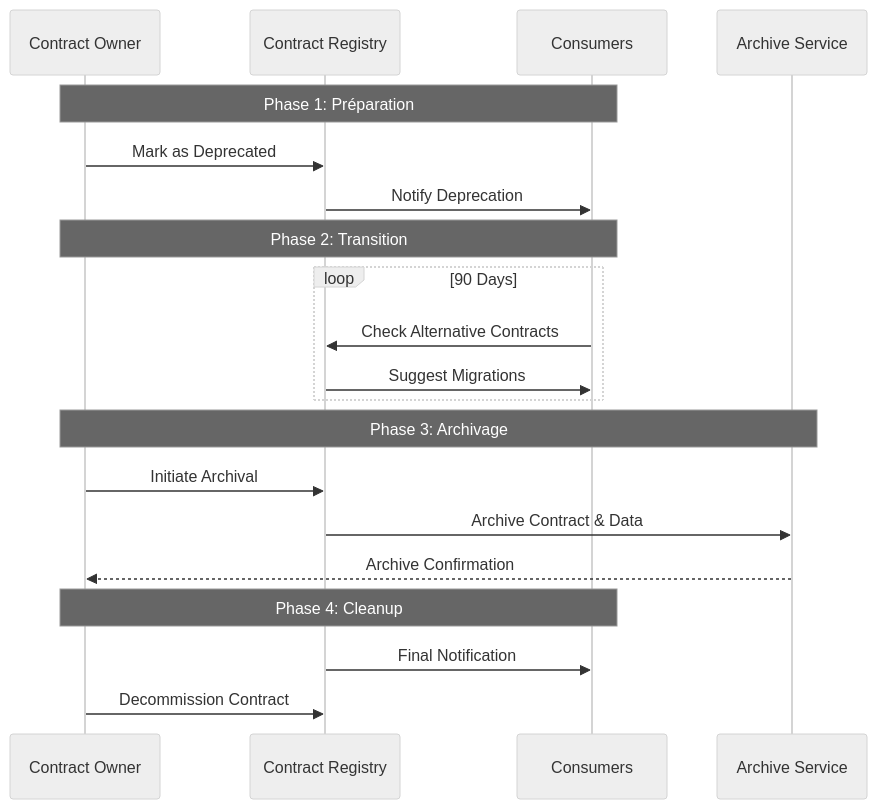
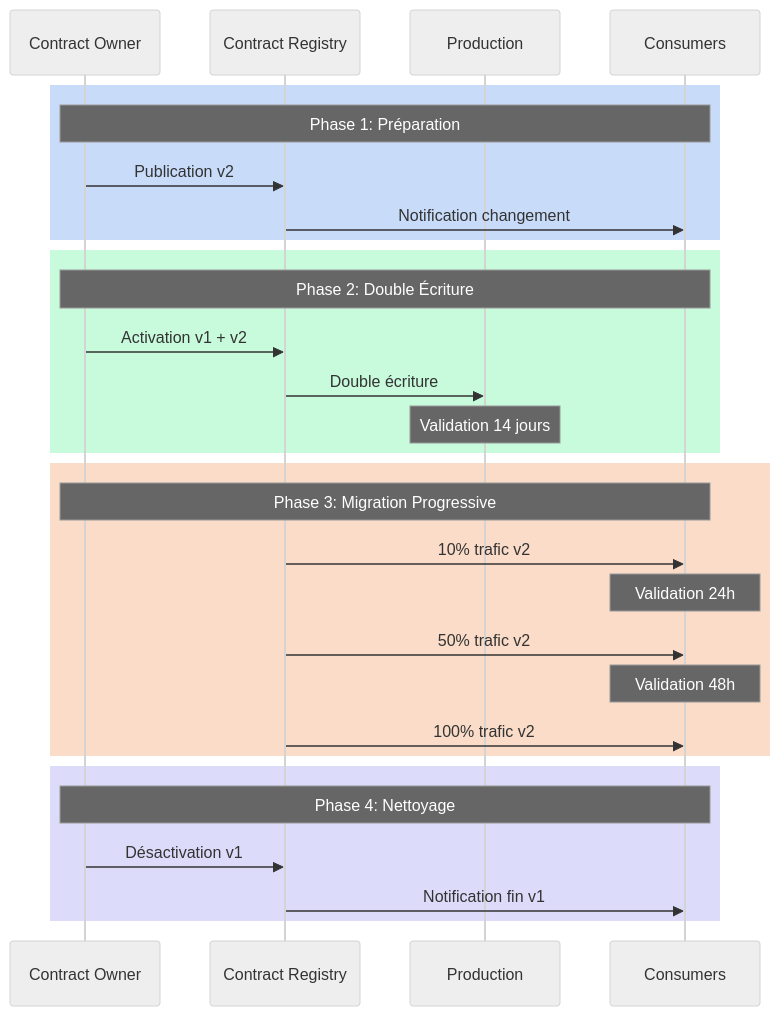
One commit to monmaya/pyb-data-contracts changed the second of 2 diagrams in docs/fr/articles/06-cycle-de-vie.md. Above: the diagram before and after it, drawn with Mermaid (neutral theme). The commit also changed other lines of this file and 15 other files, not shown here.

````diff
--- a/docs/fr/articles/06-cycle-de-vie.md
+++ b/docs/fr/articles/06-cycle-de-vie.md
@@ -94,26 +94,35 @@
 ```mermaid
 sequenceDiagram
     participant Owner as Contract Owner
     participant Registry as Contract Registry
+    participant Prod as Production
     participant Consumers as Consumers
-    participant Archive as Archive Service
 
-    Note over Owner,Consumers: Phase 1: Préparation
-    Owner->>Registry: Mark as Deprecated
-    Registry->>Consumers: Notify Deprecation
-    
-    Note over Owner,Consumers: Phase 2: Transition
-    loop 90 Days
-        Consumers->>Registry: Check Alternative Contracts
-        Registry->>Consumers: Suggest Migrations
+    rect rgb(200, 220, 250)
+        Note over Owner,Consumers: Phase 1: Préparation
+        Owner->>Registry: Publication v2
+        Registry->>Consumers: Notification changement
     end
-    
-    Note over Owner,Archive: Phase 3: Archivage
-    Owner->>Registry: Initiate Archival
-    Registry->>Archive: Archive Contract & Data
-    Archive-->>Owner: Archive Confirmation
-    
-    Note over Owner,Consumers: Phase 4: Cleanup
-    Registry->>Consumers: Final Notification
-    Owner->>Registry: Decommission Contract
+
+    rect rgb(200, 250, 220)
+        Note over Owner,Consumers: Phase 2: Double Écriture
+        Owner->>Registry: Activation v1 + v2
+        Registry->>Prod: Double écriture
+        Note over Prod: Validation 14 jours
+    end
+
+    rect rgb(250, 220, 200)
+        Note over Owner,Consumers: Phase 3: Migration Progressive
+        Registry->>Consumers: 10% trafic v2
+        Note over Consumers: Validation 24h
+        Registry->>Consumers: 50% trafic v2
+        Note over Consumers: Validation 48h
+        Registry->>Consumers: 100% trafic v2
+    end
+
+    rect rgb(220, 220, 250)
+        Note over Owner,Consumers: Phase 4: Nettoyage
+        Owner->>Registry: Désactivation v1
+        Registry->>Consumers: Notification fin v1
+    end
 ```
````
